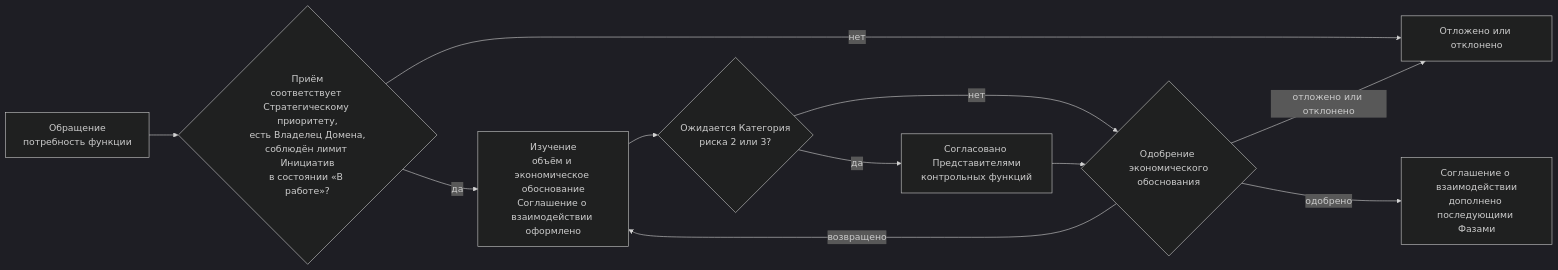
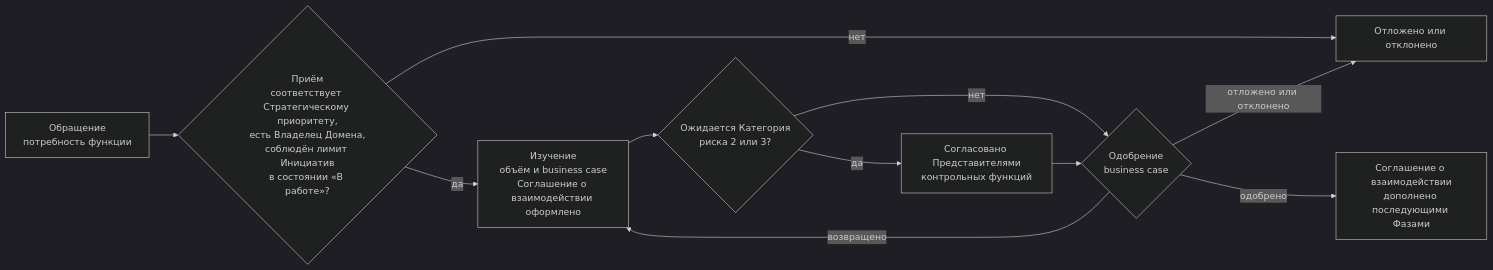
Before and after one commit to devhogu/ob-aicc: the first of 4 diagrams in charter/ru/guides/engagement-guide.md, drawn with Mermaid (dark theme). The commit also changed other lines of this file and 768 other files, not shown here.

````diff
--- a/charter/ru/guides/engagement-guide.md
+++ b/charter/ru/guides/engagement-guide.md
@@ -35,13 +35,13 @@
 ```mermaid
 flowchart LR
   C["Обращение<br/>потребность функции"] --> IN{"Приём<br/>соответствует Стратегическому приоритету,<br/>есть Владелец Домена,<br/>соблюдён лимит Инициатив<br/>в состоянии «В работе»?"}
   IN -->|"нет"| DR["Отложено или отклонено"]
-  IN -->|"да"| ST["Изучение<br/>объём и экономическое обоснование<br/>Соглашение о взаимодействии оформлено"]
+  IN -->|"да"| ST["Изучение<br/>объём и business case<br/>Соглашение о взаимодействии оформлено"]
   ST --> CL{"Ожидается Категория<br/>риска 2 или 3?"}
   CL -->|"да"| CF["Согласовано Представителями<br/>контрольных функций"]
   CL -->|"нет"| AP
-  CF --> AP{"Одобрение экономического<br/>обоснования"}
+  CF --> AP{"Одобрение<br/>business case"}
   AP -->|"возвращено"| ST
   AP -->|"отложено или отклонено"| DR
   AP -->|"одобрено"| SA["Соглашение о взаимодействии<br/>дополнено последующими Фазами"]
 ```
````
